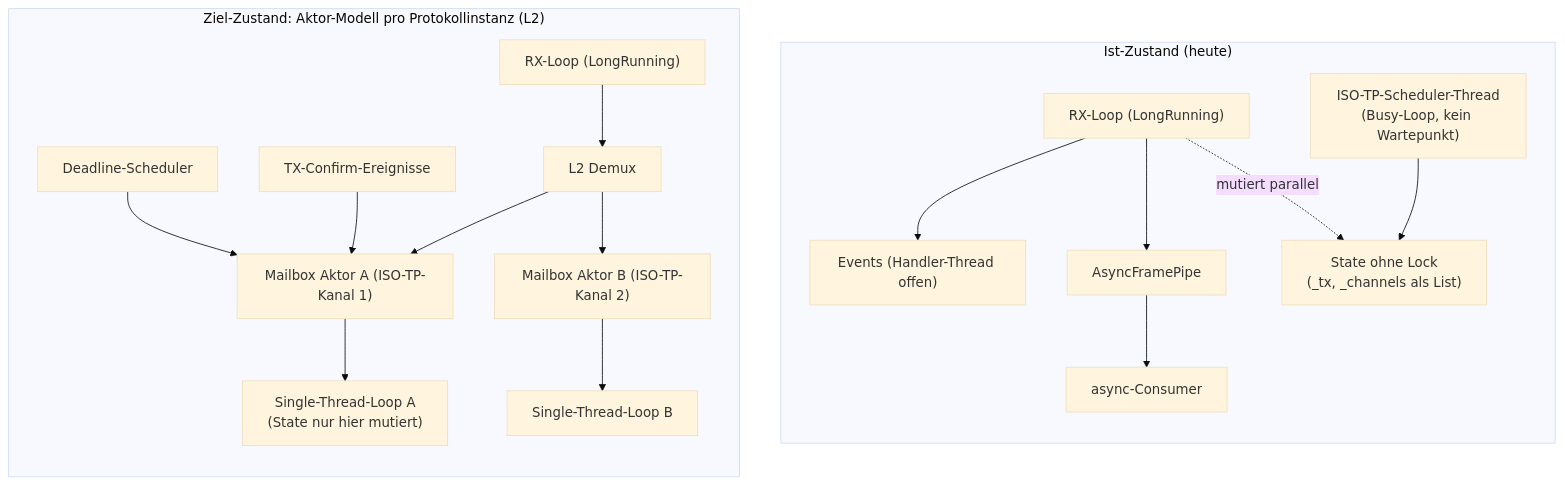
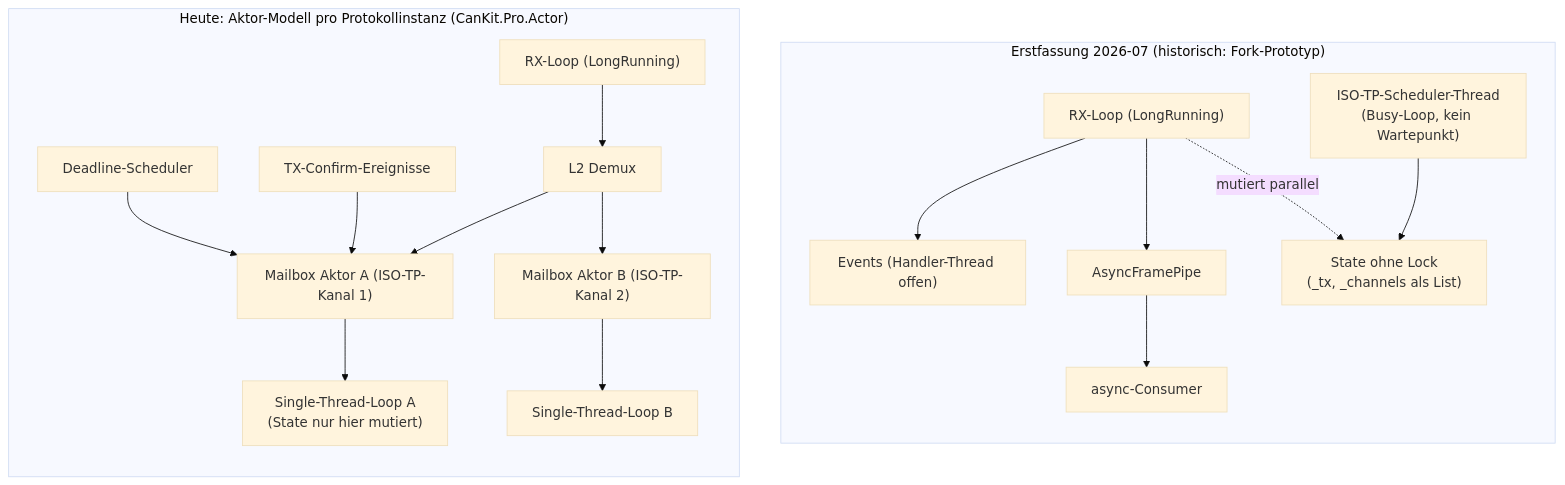
Before and after one commit to dborgards/CanKit.Pro: diagram 17 of 19 in docs/architecture/arc42-CanKit.Pro.md, drawn with Mermaid (base theme). The commit also changed other lines of this file and 1 other file, not shown here.

````diff
--- a/docs/architecture/arc42-CanKit.Pro.md
+++ b/docs/architecture/arc42-CanKit.Pro.md
@@ -918,22 +934,22 @@
 ```mermaid
 flowchart TB
-    subgraph Ist["Ist-Zustand (heute)"]
+    subgraph Ist["Erstfassung 2026-07 (historisch: Fork-Prototyp)"]
         direction TB
         RxLoopI["RX-Loop (LongRunning)"] --> EventsI["Events (Handler-Thread offen)"]
         RxLoopI --> PipeI["AsyncFramePipe"]
         PipeI --> ConsI["async-Consumer"]
         SchedI["ISO-TP-Scheduler-Thread<br/>(Busy-Loop, kein Wartepunkt)"] --> StateI["State ohne Lock<br/>(_tx, _channels als List)"]
         RxLoopI -.mutiert parallel.-> StateI
     end
 
-    subgraph Ziel["Ziel-Zustand: Aktor-Modell pro Protokollinstanz (L2)"]
+    subgraph Ziel["Heute: Aktor-Modell pro Protokollinstanz (CanKit.Pro.Actor)"]
         direction TB
         RxLoopZ["RX-Loop (LongRunning)"] --> DemuxZ["L2 Demux"]
         DemuxZ --> MboxA["Mailbox Aktor A (ISO-TP-Kanal 1)"]
         DemuxZ --> MboxB["Mailbox Aktor B (ISO-TP-Kanal 2)"]
         MboxA --> LoopA["Single-Thread-Loop A<br/>(State nur hier mutiert)"]
         MboxB --> LoopB["Single-Thread-Loop B"]
         TxEvZ["TX-Confirm-Ereignisse"] --> MboxA
         TimerZ["Deadline-Scheduler"] --> MboxA
     end
 ```
````
